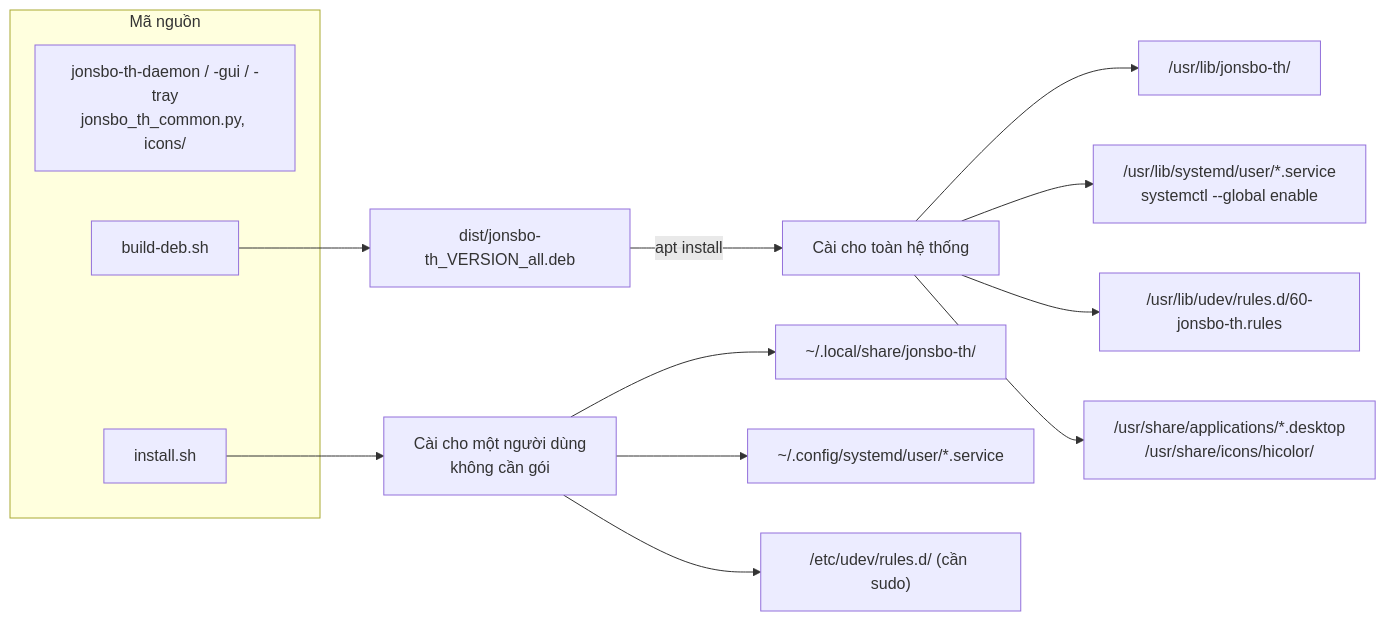
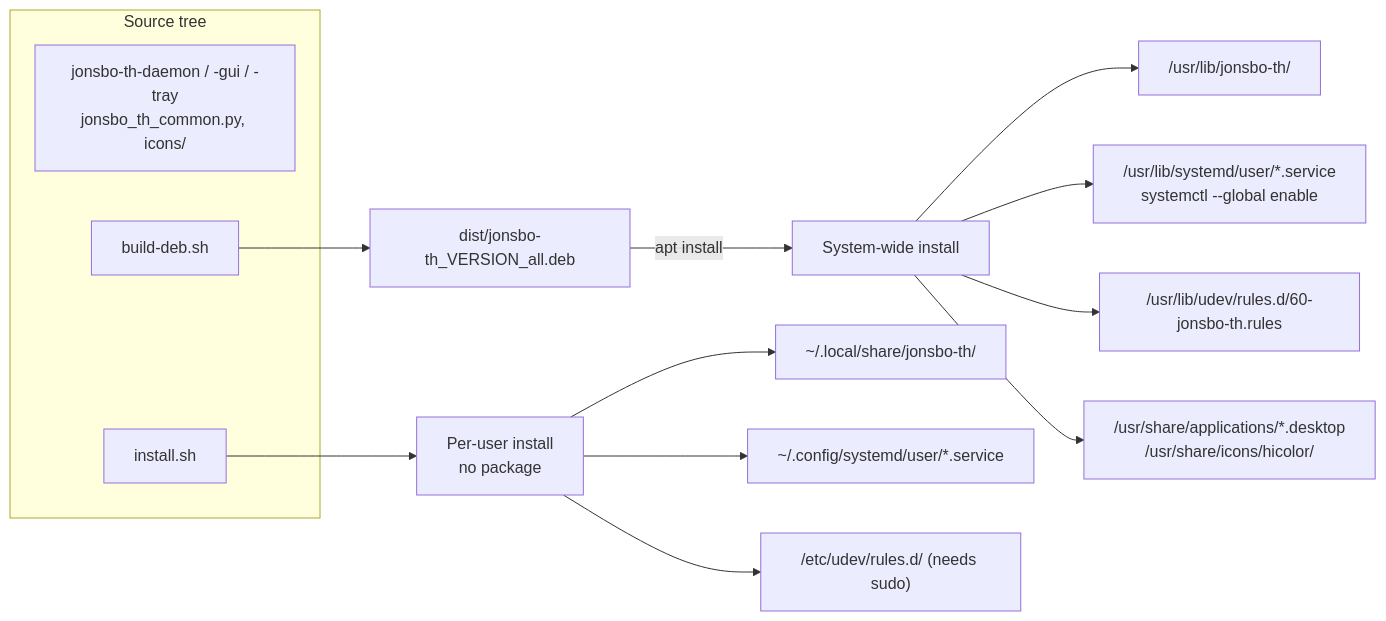
One commit to huysien/jonsbo-th-display-linux changed the fifth of 5 diagrams in docs/ARCHITECTURE.md. Above: the diagram before and after it, drawn with Mermaid. The commit also changed other lines of this file and 5 other files, not shown here.

````diff
--- a/docs/ARCHITECTURE.md
+++ b/docs/ARCHITECTURE.md
@@ -245,21 +244,21 @@
 ```mermaid
 flowchart LR
-    subgraph REPO["Mã nguồn"]
+    subgraph REPO["Source tree"]
         SRC["jonsbo-th-daemon / -gui / -tray<br/>jonsbo_th_common.py, icons/"]
         BUILD["build-deb.sh"]
         INST["install.sh"]
     end
 
     BUILD --> DEB["dist/jonsbo-th_VERSION_all.deb"]
-    DEB -- "apt install" --> SYS["Cài cho toàn hệ thống"]
-    INST --> LOCAL["Cài cho một người dùng<br/>không cần gói"]
+    DEB -- "apt install" --> SYS["System-wide install"]
+    INST --> LOCAL["Per-user install<br/>no package"]
 
     SYS --> S1["/usr/lib/jonsbo-th/"]
     SYS --> S2["/usr/lib/systemd/user/*.service<br/>systemctl --global enable"]
     SYS --> S3["/usr/lib/udev/rules.d/60-jonsbo-th.rules"]
     SYS --> S4["/usr/share/applications/*.desktop<br/>/usr/share/icons/hicolor/"]
 
     LOCAL --> L1["~/.local/share/jonsbo-th/"]
     LOCAL --> L2["~/.config/systemd/user/*.service"]
-    LOCAL --> L3["/etc/udev/rules.d/ (cần sudo)"]
+    LOCAL --> L3["/etc/udev/rules.d/ (needs sudo)"]
 ```
````
